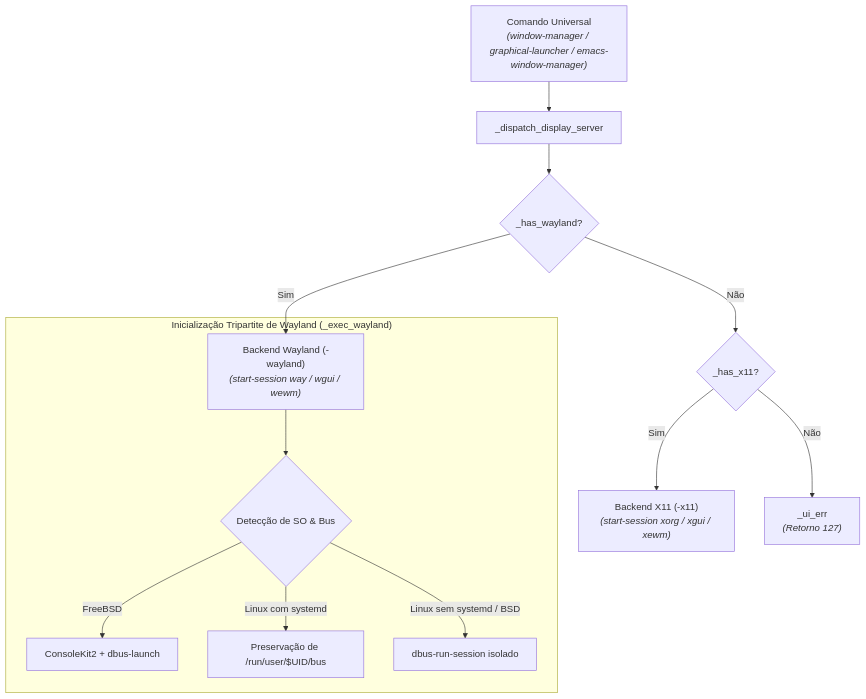
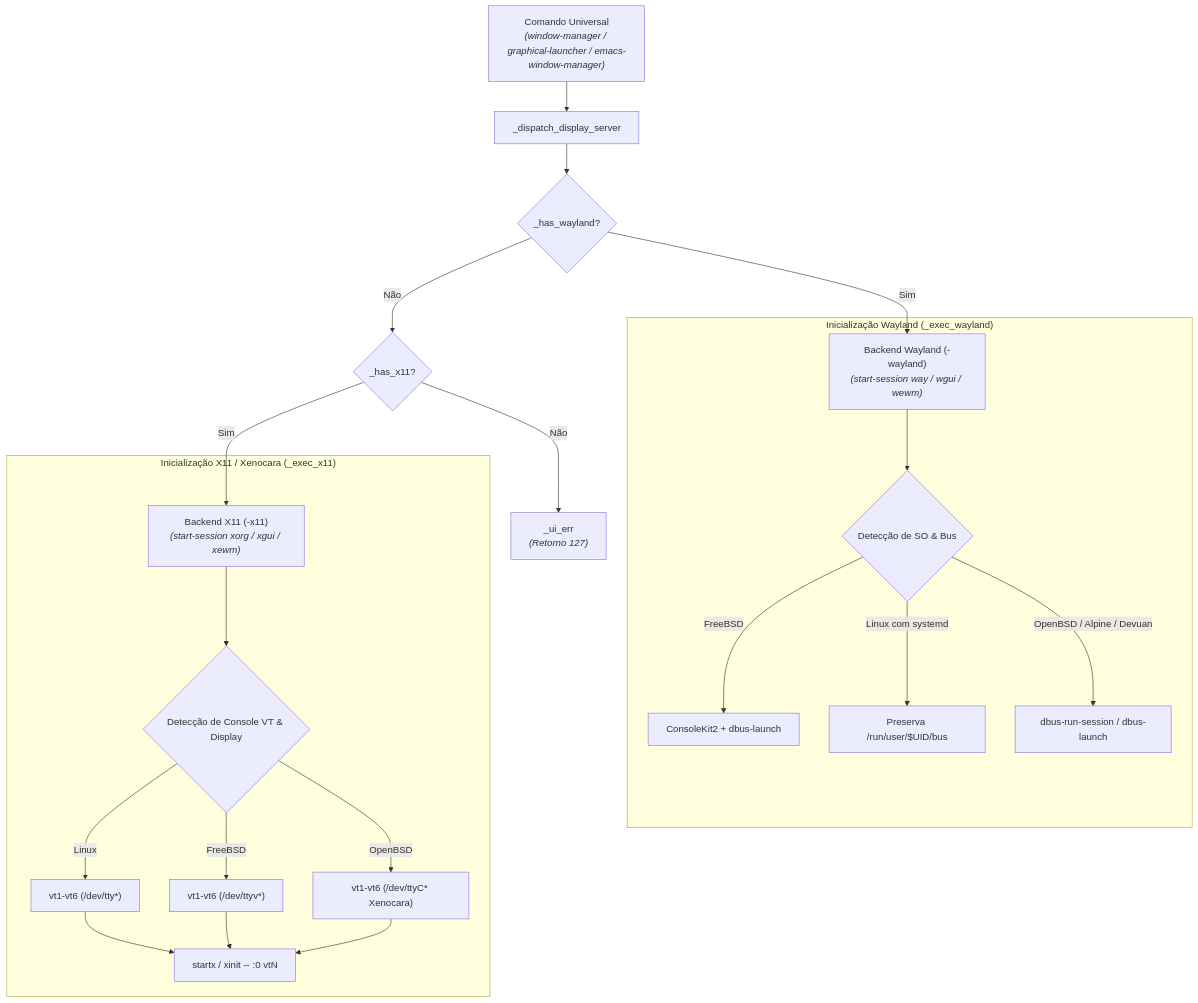
Before and after one commit to GabrielFrigo4/shell: the fourth of 4 diagrams in docs/ARCHITECTURE.md, drawn with Mermaid. The commit also changed other lines of this file and 4 other files, not shown here.

````diff
--- a/docs/ARCHITECTURE.md
+++ b/docs/ARCHITECTURE.md
@@ -178,18 +178,28 @@
 ```mermaid
 flowchart TD
     CMD["Comando Universal<br/><i>(window-manager / graphical-launcher / emacs-window-manager)</i>"] --> DISPATCH["_dispatch_display_server"]
 
     DISPATCH --> PROBE_W{"_has_wayland?"}
     PROBE_W -->|Sim| W_EXEC["Backend Wayland (-wayland)<br/><i>(start-session way / wgui / wewm)</i>"]
     PROBE_W -->|Não| PROBE_X{"_has_x11?"}
 
     PROBE_X -->|Sim| X_EXEC["Backend X11 (-x11)<br/><i>(start-session xorg / xgui / xewm)</i>"]
     PROBE_X -->|Não| ERR["_ui_err<br/><i>(Retorno 127)</i>"]
 
-    subgraph W_INIT ["Inicialização Tripartite de Wayland (_exec_wayland)"]
-        W_EXEC --> OS_CHK{"Detecção de SO & Bus"}
-        OS_CHK -->|FreeBSD| CK["ConsoleKit2 + dbus-launch"]
-        OS_CHK -->|Linux com systemd| SYSBUS["Preservação de /run/user/$UID/bus"]
-        OS_CHK -->|Linux sem systemd / BSD| DBRUN["dbus-run-session isolado"]
+    subgraph W_INIT ["Inicialização Wayland (_exec_wayland)"]
+        W_EXEC --> W_CHK{"Detecção de SO & Bus"}
+        W_CHK -->|FreeBSD| CK["ConsoleKit2 + dbus-launch"]
+        W_CHK -->|Linux com systemd| SYSBUS["Preserva /run/user/$UID/bus"]
+        W_CHK -->|OpenBSD / Alpine / Devuan| DBRUN["dbus-run-session / dbus-launch"]
+    end
+
+    subgraph X_INIT ["Inicialização X11 / Xenocara (_exec_x11)"]
+        X_EXEC --> X_CHK{"Detecção de Console VT & Display"}
+        X_CHK -->|Linux| LVT["vt1-vt6 (/dev/tty*)"]
+        X_CHK -->|FreeBSD| BVT["vt1-vt6 (/dev/ttyv*)"]
+        X_CHK -->|OpenBSD| OVT["vt1-vt6 (/dev/ttyC* Xenocara)"]
+        LVT --> XSTART["startx / xinit -- :0 vtN"]
+        BVT --> XSTART
+        OVT --> XSTART
     end
 ```
````
